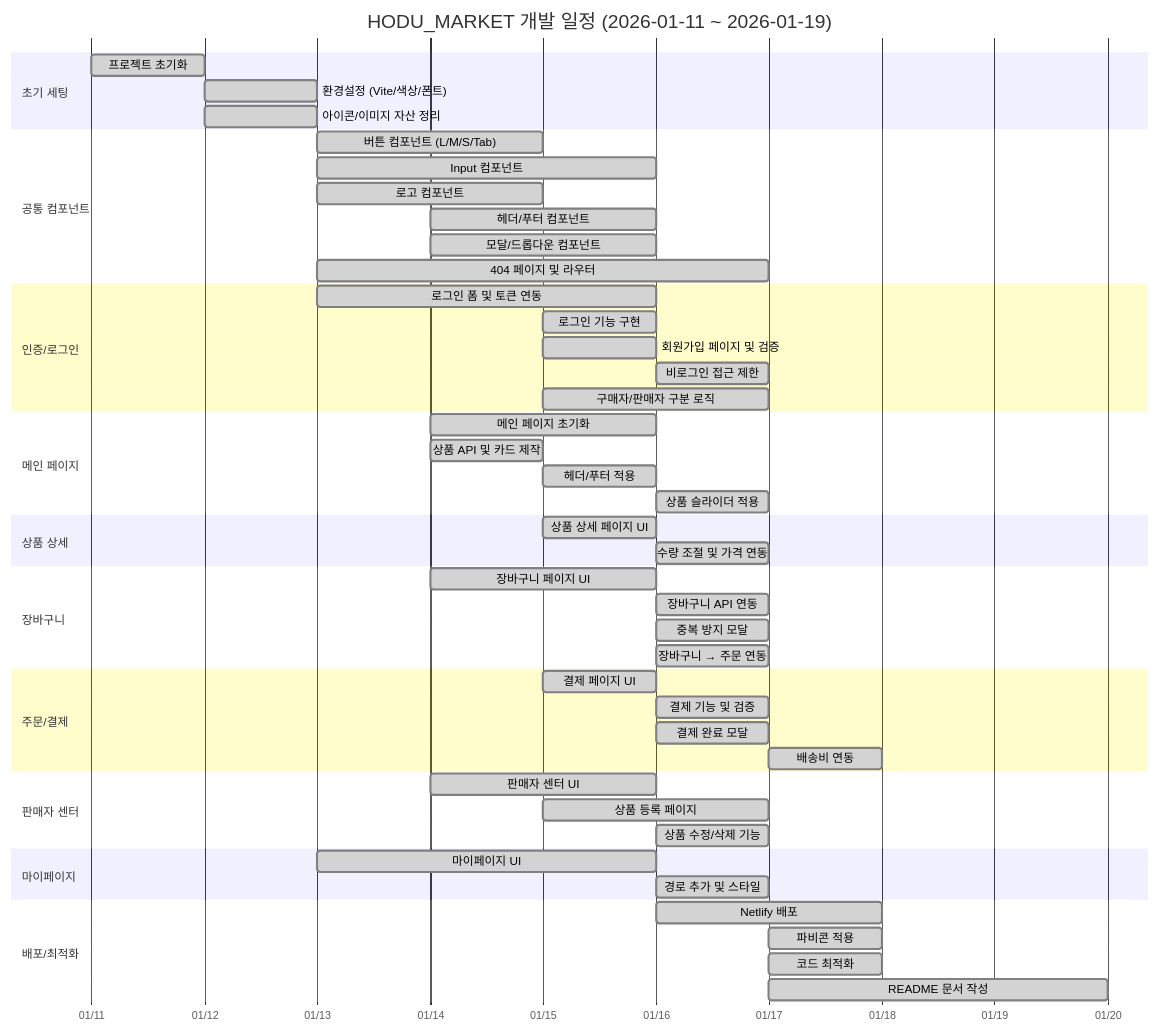
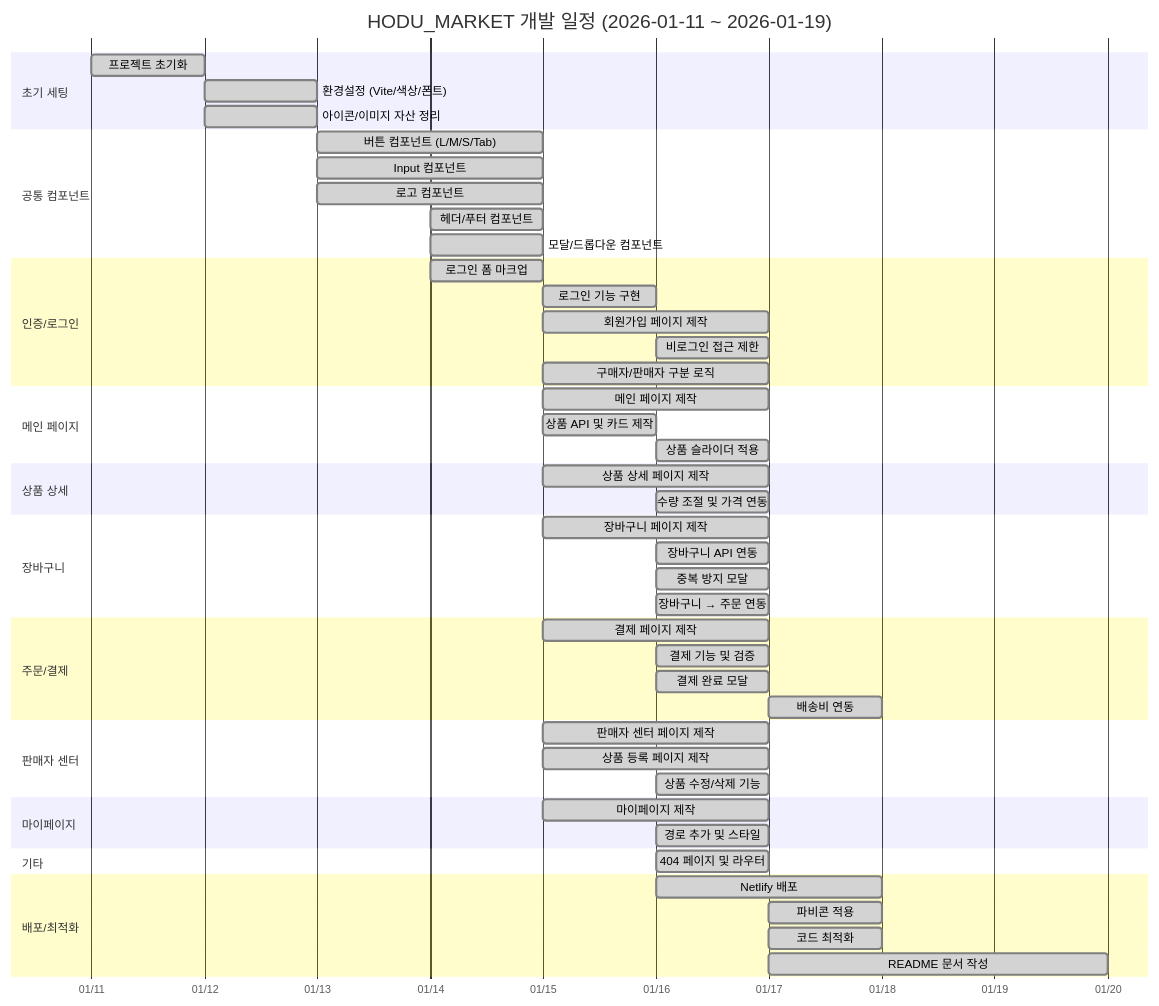
One commit to usewooseok97/HODU_MARKET changed the diagram in README.md. Above: the diagram before and after it, drawn with Mermaid. The commit also changed other lines of this file, not shown here.

Commit message:
etc:README 파일수정

````diff
--- a/README.md
+++ b/README.md
@@ -352,63 +352,64 @@
 ```mermaid
 gantt
     title HODU_MARKET 개발 일정 (2026-01-11 ~ 2026-01-19)
     dateFormat  YYYY-MM-DD
     axisFormat  %m/%d
 
     section 초기 세팅
     프로젝트 초기화              :done, init, 2026-01-11, 1d
     환경설정 (Vite/색상/폰트)    :done, env, 2026-01-12, 1d
     아이콘/이미지 자산 정리      :done, assets, 2026-01-12, 1d
 
     section 공통 컴포넌트
     버튼 컴포넌트 (L/M/S/Tab)    :done, btn, 2026-01-13, 2d
-    Input 컴포넌트              :done, input, 2026-01-13, 3d
+    Input 컴포넌트              :done, input, 2026-01-13, 2d
     로고 컴포넌트               :done, logo, 2026-01-13, 2d
-    헤더/푸터 컴포넌트          :done, header, 2026-01-14, 2d
-    모달/드롭다운 컴포넌트      :done, modal, 2026-01-14, 2d
-    404 페이지 및 라우터        :done, router, 2026-01-13, 4d
+    헤더/푸터 컴포넌트          :done, header, 2026-01-14, 1d
+    모달/드롭다운 컴포넌트      :done, modal, 2026-01-14, 1d
 
     section 인증/로그인
-    로그인 폼 및 토큰 연동      :done, auth1, 2026-01-13, 3d
+    로그인 폼 마크업            :done, auth1, 2026-01-14, 1d
     로그인 기능 구현            :done, auth2, 2026-01-15, 1d
-    회원가입 페이지 및 검증     :done, auth3, 2026-01-15, 1d
+    회원가입 페이지 제작        :done, auth3, 2026-01-15, 2d
     비로그인 접근 제한          :done, auth4, 2026-01-16, 1d
     구매자/판매자 구분 로직     :done, auth5, 2026-01-15, 2d
 
     section 메인 페이지
-    메인 페이지 초기화          :done, main1, 2026-01-14, 2d
-    상품 API 및 카드 제작       :done, main2, 2026-01-14, 1d
-    헤더/푸터 적용              :done, main3, 2026-01-15, 1d
-    상품 슬라이더 적용          :done, main4, 2026-01-16, 1d
+    메인 페이지 제작            :done, main1, 2026-01-15, 2d
+    상품 API 및 카드 제작       :done, main2, 2026-01-15, 1d
+    상품 슬라이더 적용          :done, main3, 2026-01-16, 1d
 
     section 상품 상세
-    상품 상세 페이지 UI         :done, detail1, 2026-01-15, 1d
+    상품 상세 페이지 제작       :done, detail1, 2026-01-15, 2d
     수량 조절 및 가격 연동      :done, detail2, 2026-01-16, 1d
 
     section 장바구니
-    장바구니 페이지 UI          :done, cart1, 2026-01-14, 2d
+    장바구니 페이지 제작        :done, cart1, 2026-01-15, 2d
     장바구니 API 연동           :done, cart2, 2026-01-16, 1d
     중복 방지 모달              :done, cart3, 2026-01-16, 1d
     장바구니 → 주문 연동        :done, cart4, 2026-01-16, 1d
 
     section 주문/결제
-    결제 페이지 UI              :done, pay1, 2026-01-15, 1d
+    결제 페이지 제작            :done, pay1, 2026-01-15, 2d
     결제 기능 및 검증           :done, pay2, 2026-01-16, 1d
     결제 완료 모달              :done, pay3, 2026-01-16, 1d
     배송비 연동                 :done, pay4, 2026-01-17, 1d
 
     section 판매자 센터
-    판매자 센터 UI              :done, seller1, 2026-01-14, 2d
-    상품 등록 페이지            :done, seller2, 2026-01-15, 2d
+    판매자 센터 페이지 제작     :done, seller1, 2026-01-15, 2d
+    상품 등록 페이지 제작       :done, seller2, 2026-01-15, 2d
     상품 수정/삭제 기능         :done, seller3, 2026-01-16, 1d
 
     section 마이페이지
-    마이페이지 UI               :done, mypage1, 2026-01-13, 3d
+    마이페이지 제작             :done, mypage1, 2026-01-15, 2d
     경로 추가 및 스타일         :done, mypage2, 2026-01-16, 1d
+
+    section 기타
+    404 페이지 및 라우터        :done, router, 2026-01-16, 1d
 
     section 배포/최적화
     Netlify 배포                :done, deploy1, 2026-01-16, 2d
     파비콘 적용                 :done, deploy2, 2026-01-17, 1d
     코드 최적화                 :done, opt, 2026-01-17, 1d
     README 문서 작성            :done, readme, 2026-01-17, 3d
 ```
````
